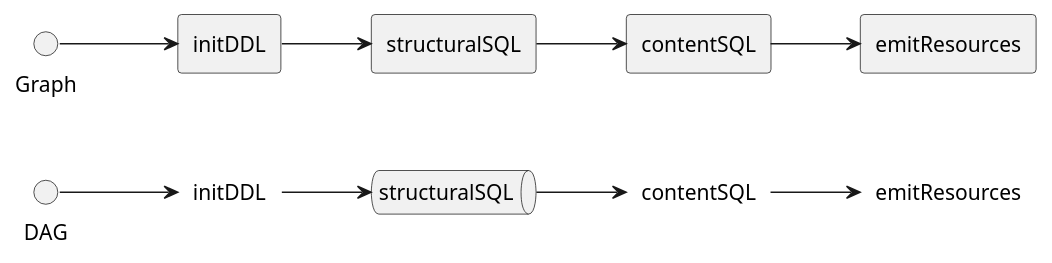
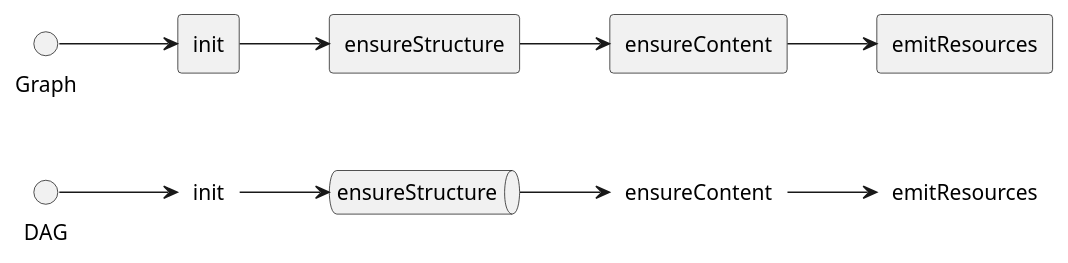
Before and after one commit to qe-collaborative-services/1115-hub: the diagram in support/assurance/results-e2e/dag.puml, drawn with PlantUML. The commit also changed 6 other files, not shown here.

```diff
--- a/support/assurance/results-e2e/dag.puml
+++ b/support/assurance/results-e2e/dag.puml
@@ -1,19 +1,19 @@
 @startuml
 left to right direction
-label daginitDDL as "initDDL"
-queue dagstructuralSQL as "structuralSQL"
-label dagcontentSQL as "contentSQL"
+label daginit as "init"
+queue dagensureStructure as "ensureStructure"
+label dagensureContent as "ensureContent"
 label dagemitResources as "emitResources"
-rectangle ginitDDL as "initDDL"
-rectangle gstructuralSQL as "structuralSQL"
-rectangle gcontentSQL as "contentSQL"
+rectangle ginit as "init"
+rectangle gensureStructure as "ensureStructure"
+rectangle gensureContent as "ensureContent"
 rectangle gemitResources as "emitResources"
-DAG --> daginitDDL
-daginitDDL --> dagstructuralSQL
-dagstructuralSQL --> dagcontentSQL
-dagcontentSQL --> dagemitResources
-Graph --> ginitDDL
-ginitDDL --> gstructuralSQL
-gstructuralSQL --> gcontentSQL
-gcontentSQL --> gemitResources
+DAG --> daginit
+daginit --> dagensureStructure
+dagensureStructure --> dagensureContent
+dagensureContent --> dagemitResources
+Graph --> ginit
+ginit --> gensureStructure
+gensureStructure --> gensureContent
+gensureContent --> gemitResources
 @enduml
```
